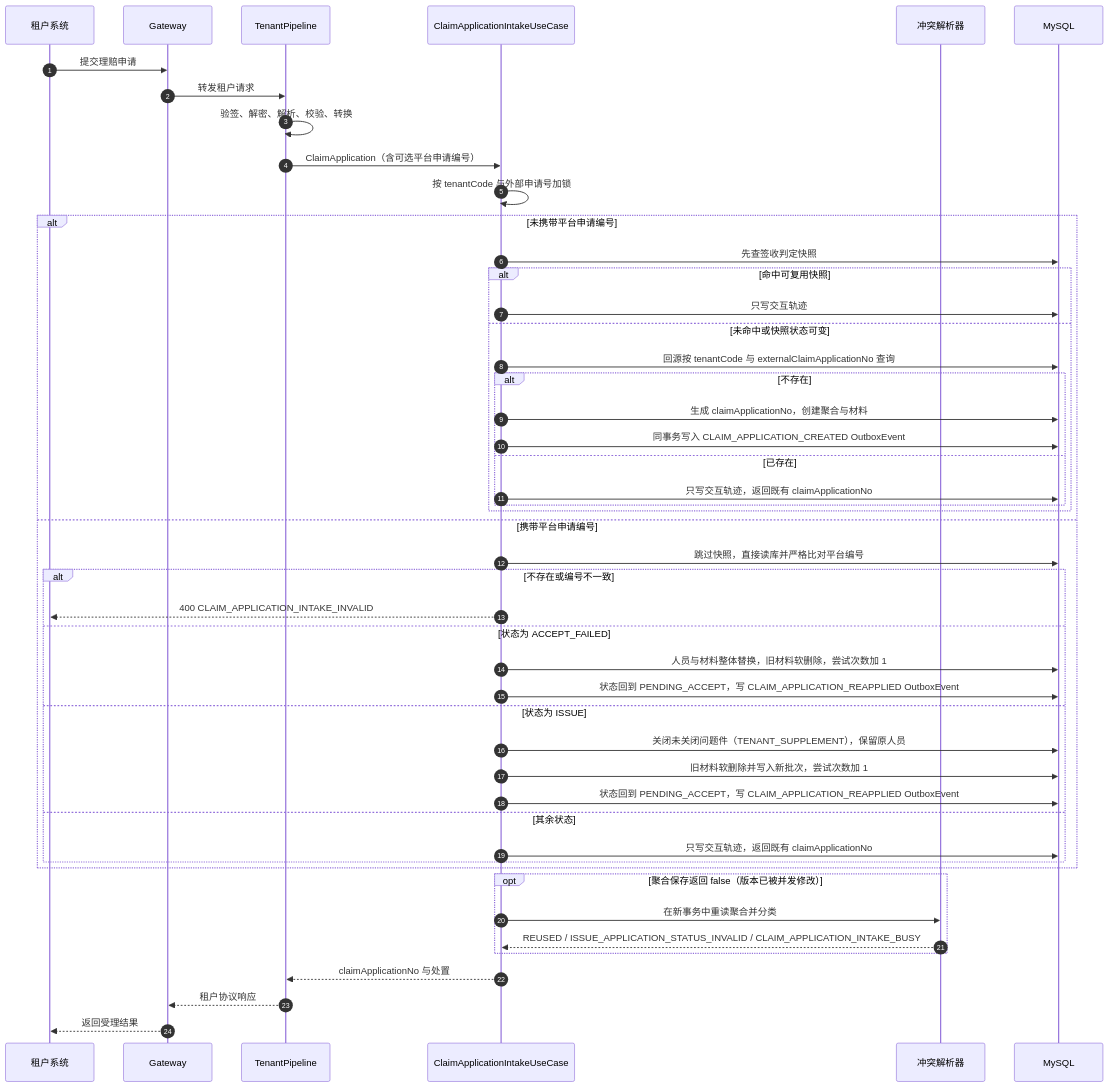
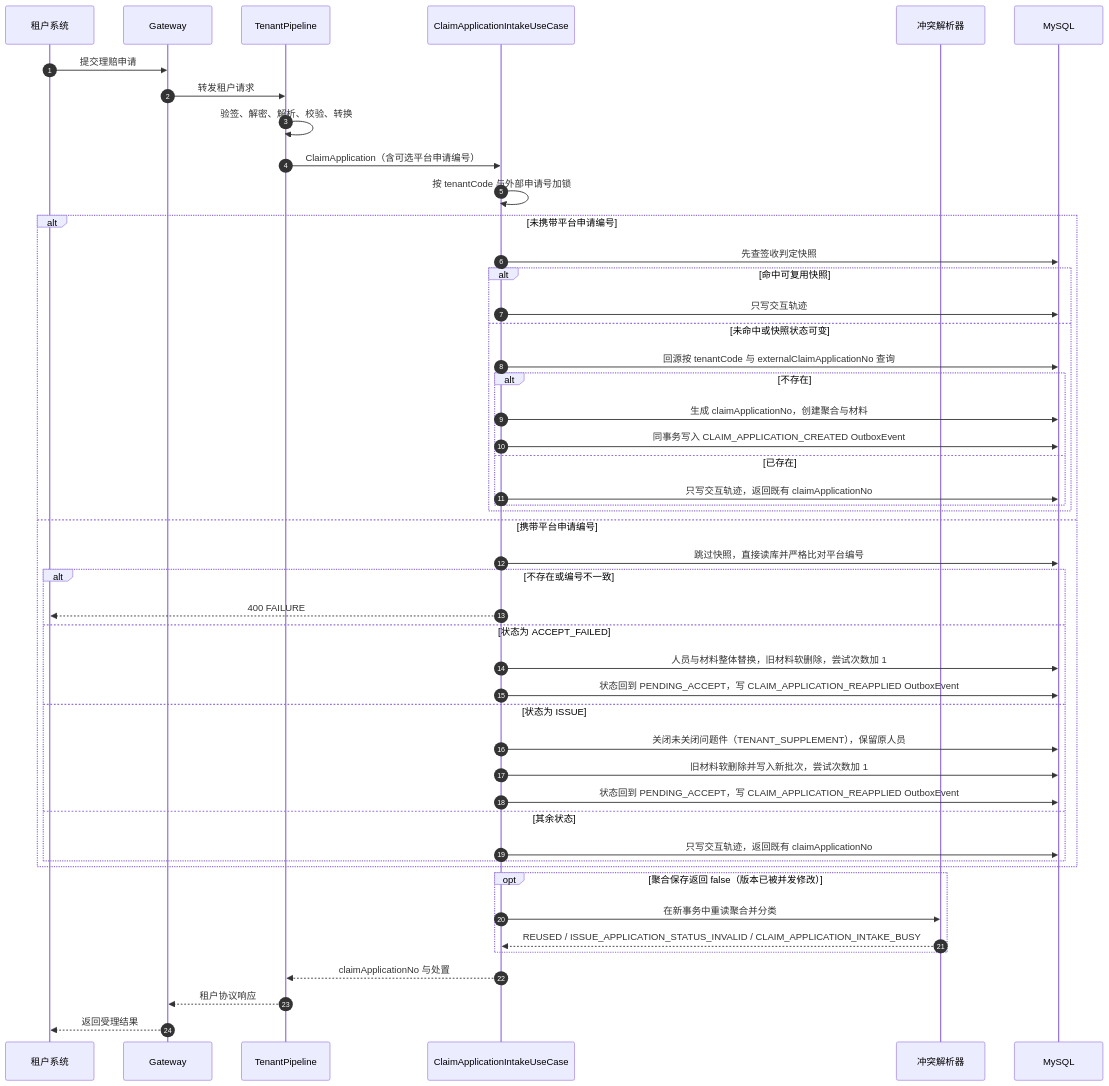
The fifth of 11 diagrams in docs/architecture/claim-application-architecture.md (wangguangwu/claim-integration-platform), drawn with Mermaid before and after one commit. The commit also changed other lines of this file and 125 other files, not shown here.

````diff
--- a/docs/architecture/claim-application-architecture.md
+++ b/docs/architecture/claim-application-architecture.md
@@ -288,54 +288,54 @@
 ```mermaid
 sequenceDiagram
     autonumber
     participant T as 租户系统
     participant G as Gateway
     participant A as TenantPipeline
     participant U as ClaimApplicationIntakeUseCase
     participant R as 冲突解析器
     participant DB as MySQL
 
     T->>G: 提交理赔申请
     G->>A: 转发租户请求
     A->>A: 验签、解密、解析、校验、转换
     A->>U: ClaimApplication（含可选平台申请编号）
     U->>U: 按 tenantCode 与外部申请号加锁
 
     alt 未携带平台申请编号
         U->>DB: 先查签收判定快照
         alt 命中可复用快照
             U->>DB: 只写交互轨迹
         else 未命中或快照状态可变
             U->>DB: 回源按 tenantCode 与 externalClaimApplicationNo 查询
             alt 不存在
                 U->>DB: 生成 claimApplicationNo，创建聚合与材料
                 U->>DB: 同事务写入 CLAIM_APPLICATION_CREATED OutboxEvent
             else 已存在
                 U->>DB: 只写交互轨迹，返回既有 claimApplicationNo
             end
         end
     else 携带平台申请编号
         U->>DB: 跳过快照，直接读库并严格比对平台编号
         alt 不存在或编号不一致
-            U-->>T: 400 CLAIM_APPLICATION_INTAKE_INVALID
+            U-->>T: 400 FAILURE
         else 状态为 ACCEPT_FAILED
             U->>DB: 人员与材料整体替换，旧材料软删除，尝试次数加 1
             U->>DB: 状态回到 PENDING_ACCEPT，写 CLAIM_APPLICATION_REAPPLIED OutboxEvent
         else 状态为 ISSUE
             U->>DB: 关闭未关闭问题件（TENANT_SUPPLEMENT），保留原人员
             U->>DB: 旧材料软删除并写入新批次，尝试次数加 1
             U->>DB: 状态回到 PENDING_ACCEPT，写 CLAIM_APPLICATION_REAPPLIED OutboxEvent
         else 其余状态
             U->>DB: 只写交互轨迹，返回既有 claimApplicationNo
         end
     end
 
     opt 聚合保存返回 false（版本已被并发修改）
         U->>R: 在新事务中重读聚合并分类
         R-->>U: REUSED / ISSUE_APPLICATION_STATUS_INVALID / CLAIM_APPLICATION_INTAKE_BUSY
     end
 
     U-->>A: claimApplicationNo 与处置
     A-->>G: 租户协议响应
     G-->>T: 返回受理结果
 ```
````
